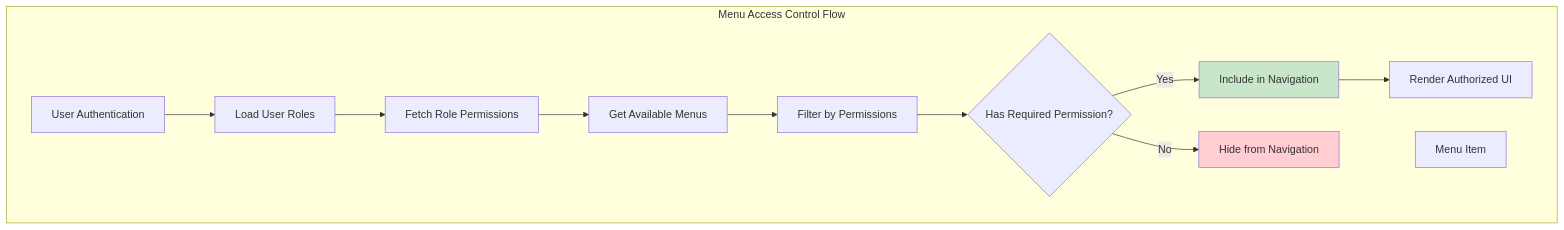
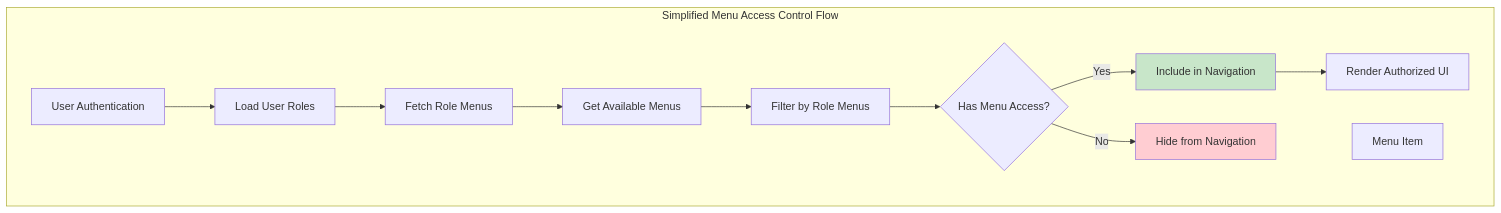
Diagram 18 of 30 in docs/ARCHITECTURE.md (mdabdullahfaruque/StudyBridgeBD), drawn with Mermaid before and after one commit. The commit also changed other lines of this file and 40 other files, not shown here.

First line of the commit message:
feat: Simplify RBAC to Menu-Based Access Control

````diff
--- a/docs/ARCHITECTURE.md
+++ b/docs/ARCHITECTURE.md
@@ -599,28 +595,28 @@
 ```mermaid
 flowchart TD
-    subgraph "Menu Access Control Flow"
+    subgraph "Simplified Menu Access Control Flow"
         USER_LOGIN[User Authentication]
         LOAD_ROLES[Load User Roles]
-        FETCH_PERMISSIONS[Fetch Role Permissions]
+        FETCH_ROLE_MENUS[Fetch Role Menus]
         GET_MENUS[Get Available Menus]
-        FILTER_MENUS[Filter by Permissions]
+        FILTER_MENUS[Filter by Role Menus]
         RENDER_UI[Render Authorized UI]
         
-        PERMISSION_CHECK{Has Required Permission?}
+        MENU_ACCESS_CHECK{Has Menu Access?}
         MENU_ITEM[Menu Item]
         INCLUDE_MENU[Include in Navigation]
         EXCLUDE_MENU[Hide from Navigation]
     end
     
     USER_LOGIN --> LOAD_ROLES
-    LOAD_ROLES --> FETCH_PERMISSIONS
-    FETCH_PERMISSIONS --> GET_MENUS
+    LOAD_ROLES --> FETCH_ROLE_MENUS
+    FETCH_ROLE_MENUS --> GET_MENUS
     GET_MENUS --> FILTER_MENUS
-    FILTER_MENUS --> PERMISSION_CHECK
-    PERMISSION_CHECK -->|Yes| INCLUDE_MENU
-    PERMISSION_CHECK -->|No| EXCLUDE_MENU
+    FILTER_MENUS --> MENU_ACCESS_CHECK
+    MENU_ACCESS_CHECK -->|Yes| INCLUDE_MENU
+    MENU_ACCESS_CHECK -->|No| EXCLUDE_MENU
     INCLUDE_MENU --> RENDER_UI
     
     style INCLUDE_MENU fill:#c8e6c9
     style EXCLUDE_MENU fill:#ffcdd2
 ```
````
